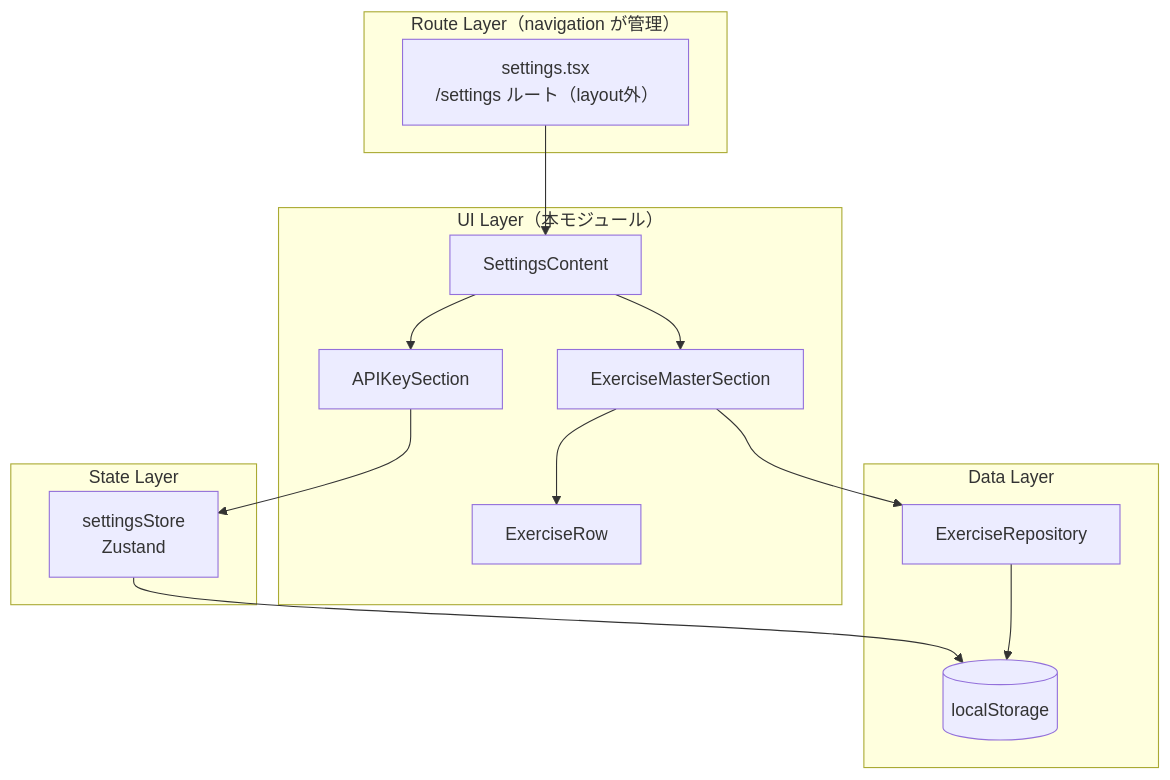
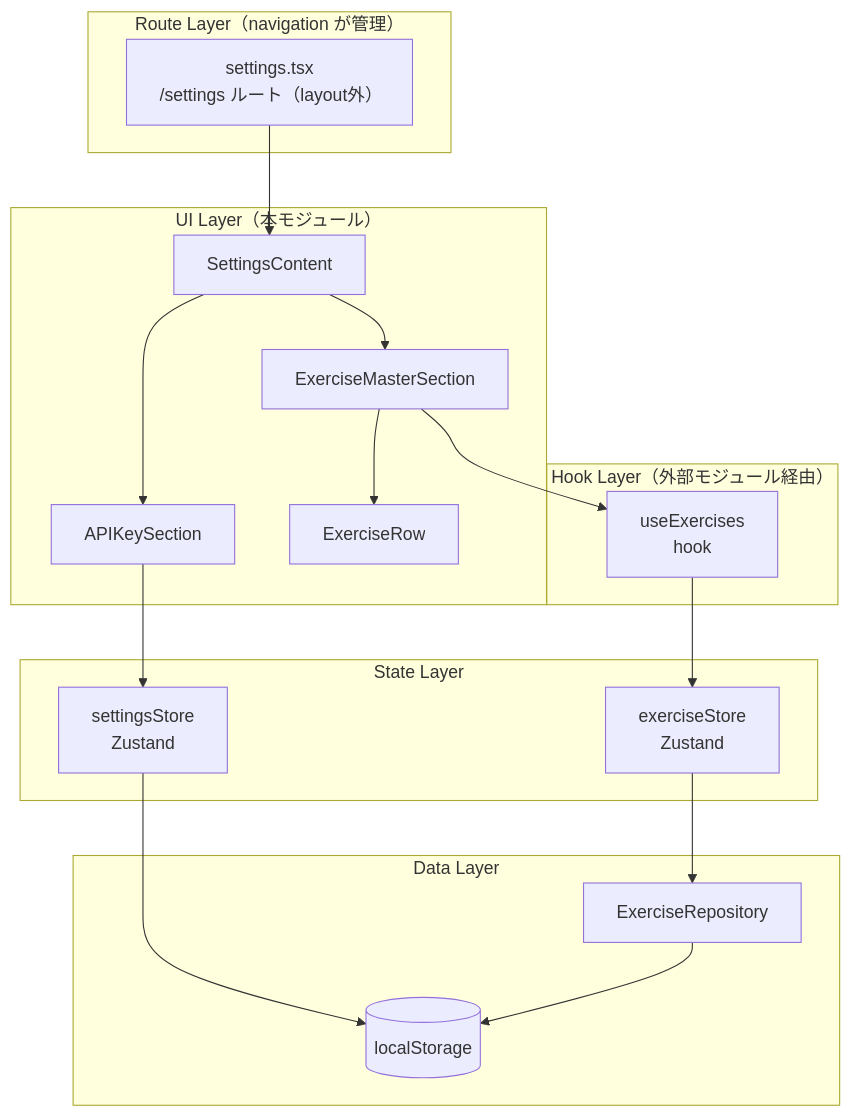
The diagram in .sdd/specification/settings/index_design.md (SakumaTakuya/gymini), drawn with Mermaid before and after one commit. The commit also changed other lines of this file and 1 other file, not shown here.

````diff
--- a/.sdd/specification/settings/index_design.md
+++ b/.sdd/specification/settings/index_design.md
@@ -66,31 +66,38 @@
 ```mermaid
 graph TD
     subgraph "Route Layer（navigation が管理）"
         SP["settings.tsx<br/>/settings ルート（layout外）"]
     end
 
     subgraph "UI Layer（本モジュール）"
         SC[SettingsContent]
         AKS[APIKeySection]
         EMS[ExerciseMasterSection]
         ER_UI[ExerciseRow]
     end
 
+    subgraph "Hook Layer（外部モジュール経由）"
+        UEX[useExercises<br/>hook]
+    end
+
     subgraph "State Layer"
         SS[settingsStore<br/>Zustand]
+        ES[exerciseStore<br/>Zustand]
     end
 
     subgraph "Data Layer"
         ExR[ExerciseRepository]
         LS[(localStorage)]
     end
 
     SP --> SC
     SC --> AKS
     SC --> EMS
     EMS --> ER_UI
     AKS --> SS
-    EMS --> ExR
+    EMS --> UEX
+    UEX --> ES
+    ES --> ExR
     SS --> LS
     ExR --> LS
 ```
````
